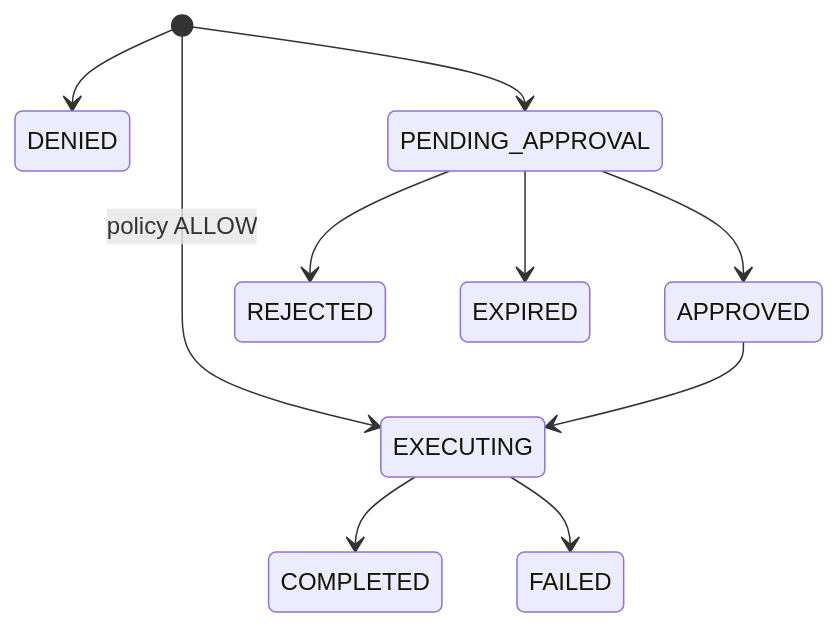
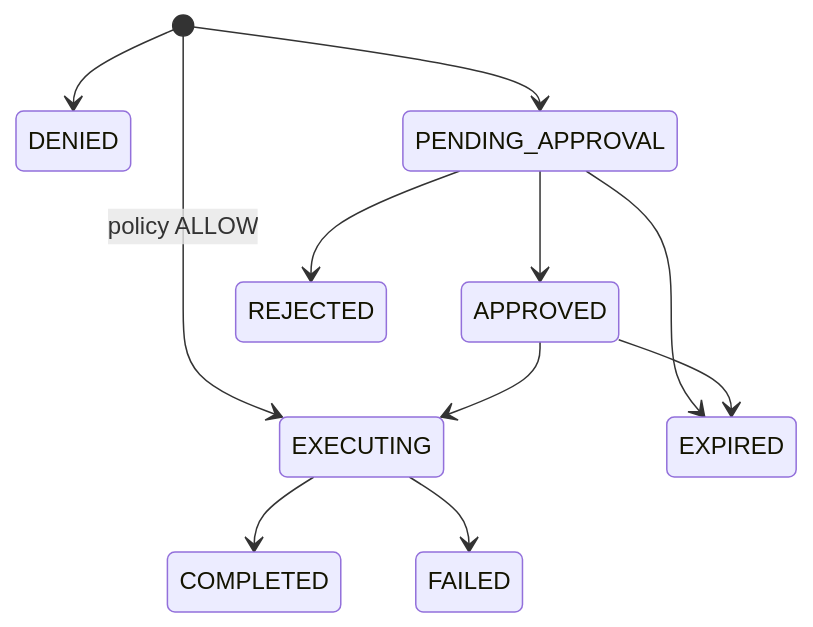
Before and after one commit to lucasoalima/Agent-Control-Tower-Salesforce: the third of 3 diagrams in docs/architecture.md, drawn with Mermaid. The commit also changed other lines of this file and 24 other files, not shown here.

````diff
--- a/docs/architecture.md
+++ b/docs/architecture.md
@@ -97,12 +97,13 @@
 ```mermaid
 stateDiagram-v2
     [*] --> DENIED
     [*] --> PENDING_APPROVAL
     [*] --> EXECUTING: policy ALLOW
     PENDING_APPROVAL --> APPROVED
     PENDING_APPROVAL --> REJECTED
     PENDING_APPROVAL --> EXPIRED
     APPROVED --> EXECUTING
+    APPROVED --> EXPIRED
     EXECUTING --> COMPLETED
     EXECUTING --> FAILED
 ```
````
